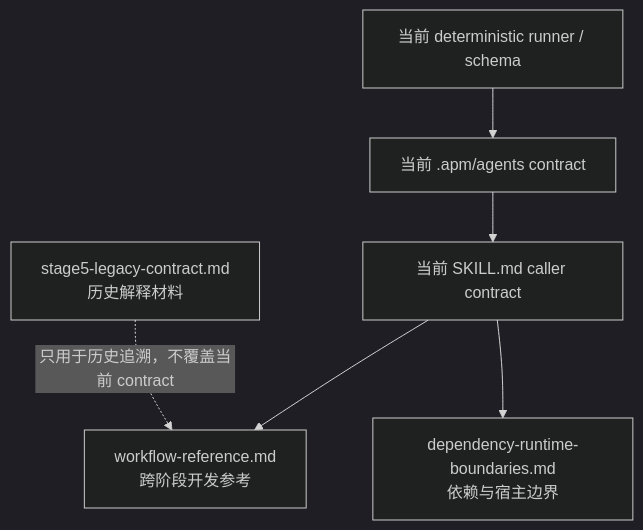
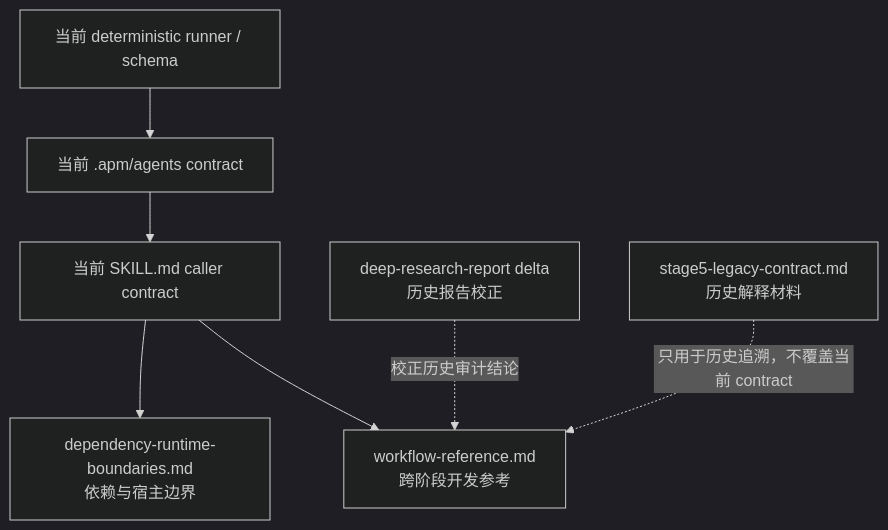
One commit to ScholarWorkflow/professor-contact changed the diagram in .apm/skills/professor-contact/docs/README.md. Above: the diagram before and after it, drawn with Mermaid (dark theme). The commit also changed other lines of this file, not shown here.

Commit message:
docs: link historical report reconciliation

````diff
--- a/.apm/skills/professor-contact/docs/README.md
+++ b/.apm/skills/professor-contact/docs/README.md
@@ -17,13 +19,15 @@
 ```mermaid
 flowchart TD
     RUNNER["当前 deterministic runner / schema"]
     AGENT["当前 .apm/agents contract"]
     SKILL["当前 SKILL.md caller contract"]
     REF["workflow-reference.md<br/>跨阶段开发参考"]
     DEP["dependency-runtime-boundaries.md<br/>依赖与宿主边界"]
+    DELTA["deep-research-report delta<br/>历史报告校正"]
     LEGACY["stage5-legacy-contract.md<br/>历史解释材料"]
 
     RUNNER --> AGENT --> SKILL --> REF
     SKILL --> DEP
+    DELTA -.->|"校正历史审计结论"| REF
     LEGACY -.->|"只用于历史追溯，不覆盖当前 contract"| REF
 ```
````
